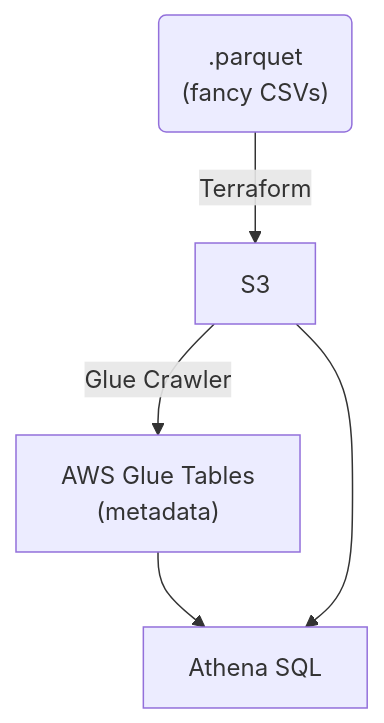
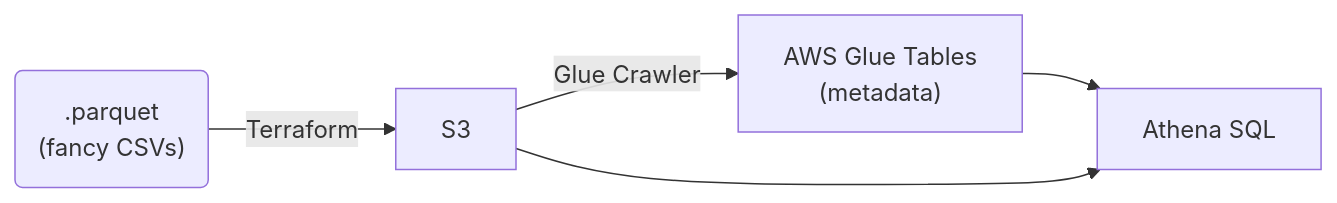
Before and after one commit to jhannah/sandbox: the diagram in aws_glue/README.md, drawn with Mermaid. The commit also changed other lines of this file and 1 other file, not shown here.

````diff
--- a/aws_glue/README.md
+++ b/aws_glue/README.md
@@ -3,7 +3,7 @@
 ```mermaid
-flowchart TD
+flowchart LR
     P(".parquet<br/>(fancy CSVs)") -- Terraform --> S3
     S3 -- Glue Crawler --> T["AWS Glue Tables<br/>(metadata)"]
     T --> A["Athena SQL"]
     S3 --> A
 ```
````
